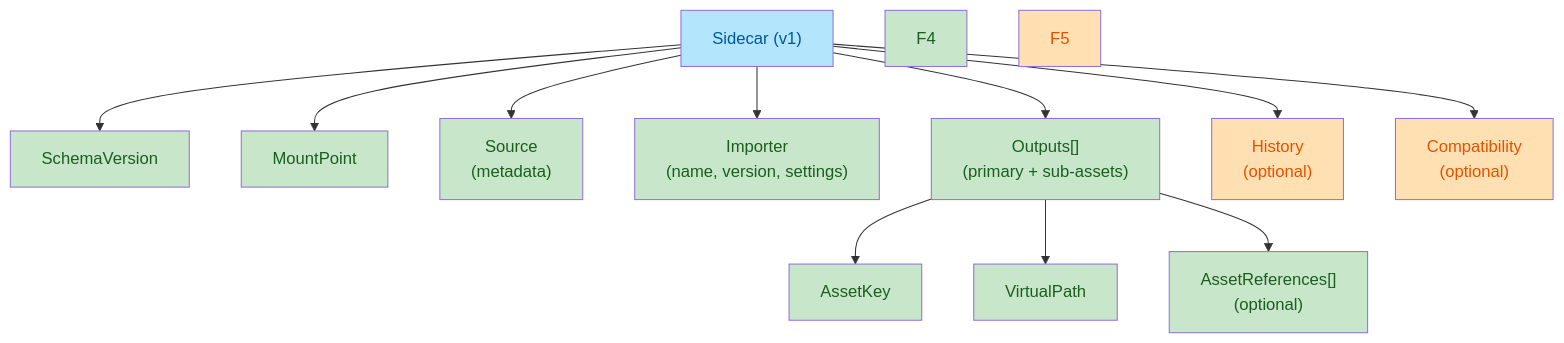
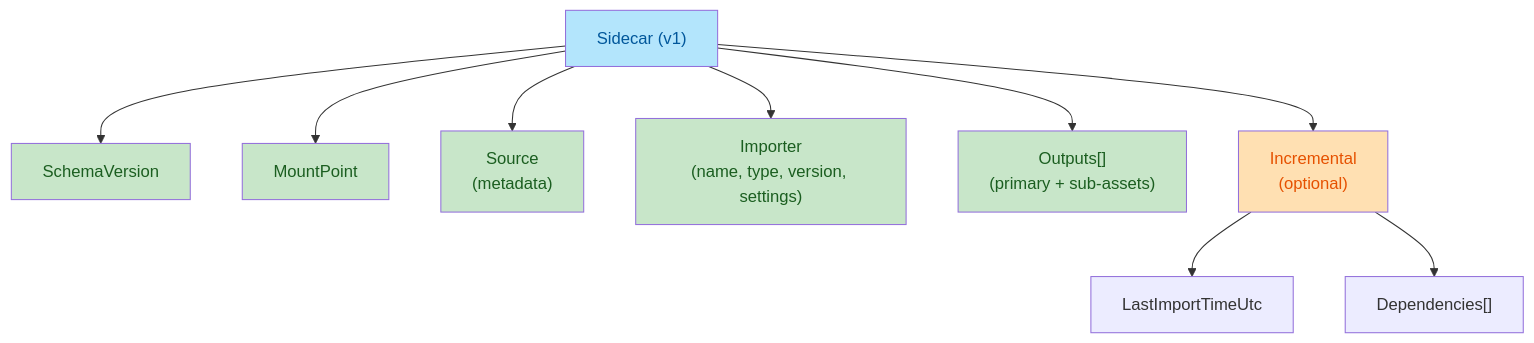
The second of 2 diagrams in projects/Oxygen.Assets/docs/import.md (abdes/DroidNet), drawn with Mermaid before and after one commit. The commit also changed other lines of this file and 50 other files, not shown here.

````diff
--- a/projects/Oxygen.Assets/docs/import.md
+++ b/projects/Oxygen.Assets/docs/import.md
@@ -385,26 +399,18 @@
 ```mermaid
 graph TD
     A["Sidecar (v1)"] --> B["SchemaVersion"]
     A --> C["MountPoint"]
     A --> D["Source<br/>(metadata)"]
-    A --> E["Importer<br/>(name, version, settings)"]
-    A --> F["Outputs[]<br/>(primary + sub-assets)"]
-    A --> G["History<br/>(optional)"]
-    A --> H["Compatibility<br/>(optional)"]
-    F --> F1["AssetKey"]
-    F --> F2["VirtualPath"]
-    F --> F3["AssetReferences[]<br/>(optional)"]
+  A --> E["Importer<br/>(name, type, version, settings)"]
+  A --> F["Outputs[]<br/>(primary + sub-assets)"]
+  A --> G["Incremental<br/>(optional)"]
+  G --> G1["LastImportTimeUtc"]
+  G --> G2["Dependencies[]"]
     style A fill:#b3e5fc,color:#01579b
     style B fill:#c8e6c9,color:#1b5e20
     style C fill:#c8e6c9,color:#1b5e20
     style D fill:#c8e6c9,color:#1b5e20
     style E fill:#c8e6c9,color:#1b5e20
     style F fill:#c8e6c9,color:#1b5e20
-    style G fill:#ffe0b2,color:#e65100
-    style H fill:#ffe0b2,color:#e65100
-    style F1 fill:#c8e6c9,color:#1b5e20
-    style F2 fill:#c8e6c9,color:#1b5e20
-    style F3 fill:#c8e6c9,color:#1b5e20
-    style F4 fill:#c8e6c9,color:#1b5e20
-    style F5 fill:#ffe0b2,color:#e65100
+  style G fill:#ffe0b2,color:#e65100
 ```
````
